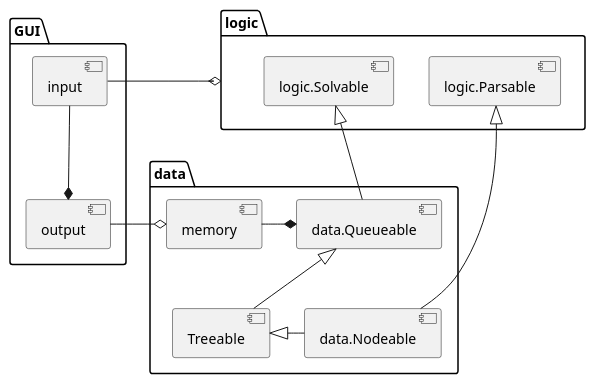
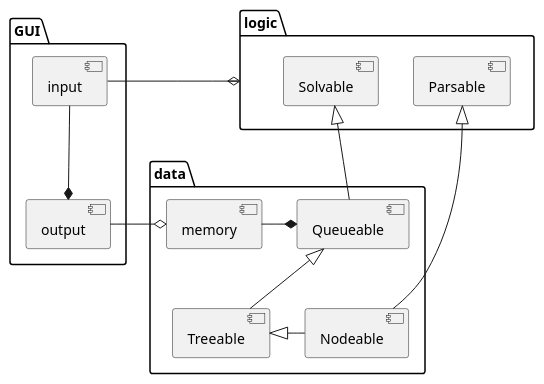
Before and after one commit to vitalispopoff/calculator: the diagram in src/docs/UML/architecture.puml, drawn with PlantUML. The commit also changed 3 other files, not shown here.

```diff
--- a/src/docs/UML/architecture.puml
+++ b/src/docs/UML/architecture.puml
@@ -1,31 +1,31 @@
 @startuml
 
 package GUI {
     component output
     component input
 }
 
 package logic {
-    component logic.Solvable
-    component logic.Parsable
+    component Solvable
+    component Parsable
 }
 
 package data {
     component memory
-    component data.Queueable
+    component Queueable
     component Treeable
-    component data.Nodeable
+    component Nodeable
 }
 
-[input]     -right-o     logic
-[output]    *-up-      [input]
-[output]    -right-o     [memory]
-[memory]    -right-*    [data.Queueable]
+[input]     -right-o    logic
+[output]    *-up-       [input]
+[output]    -right-o    [memory]
+[memory]    -right-*    [Queueable]
 
-[logic.Solvable]  <|-down-    [data.Queueable]
-[data.Queueable] <|-down-    [Treeable]
+[Solvable]  <|-down-    [Queueable]
+[Queueable] <|-down-    [Treeable]
 
-[Treeable]  <|-right-    [data.Nodeable]
-[logic.Parsable]  <|-down-     [data.Nodeable]
+[Treeable]  <|-right-   [Nodeable]
+[Parsable]  <|-down-    [Nodeable]
 
 @enduml
```
